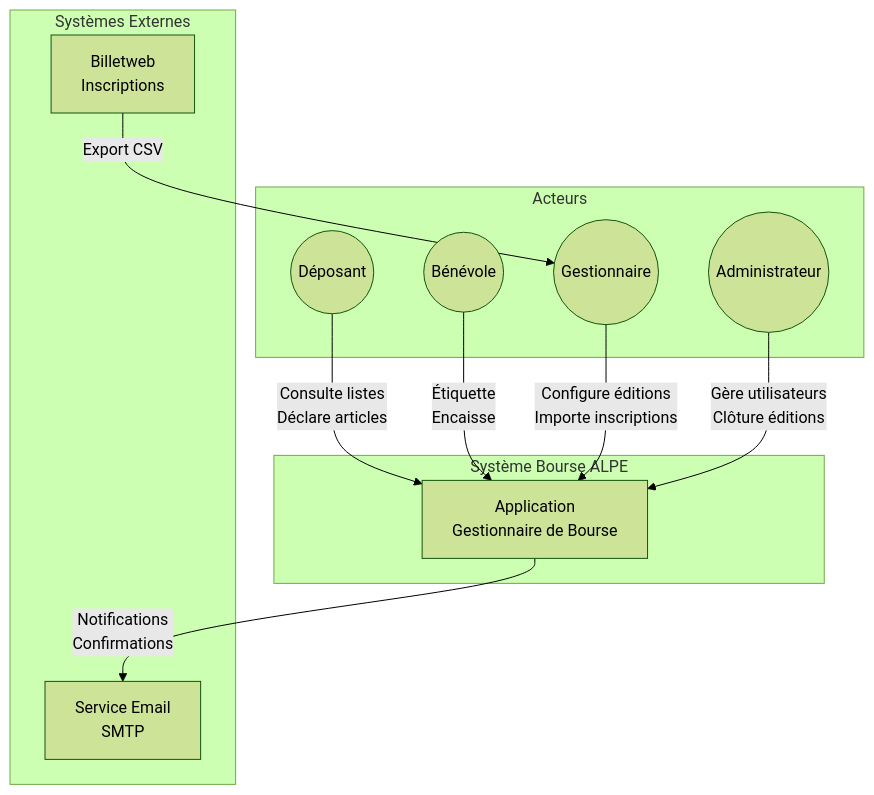
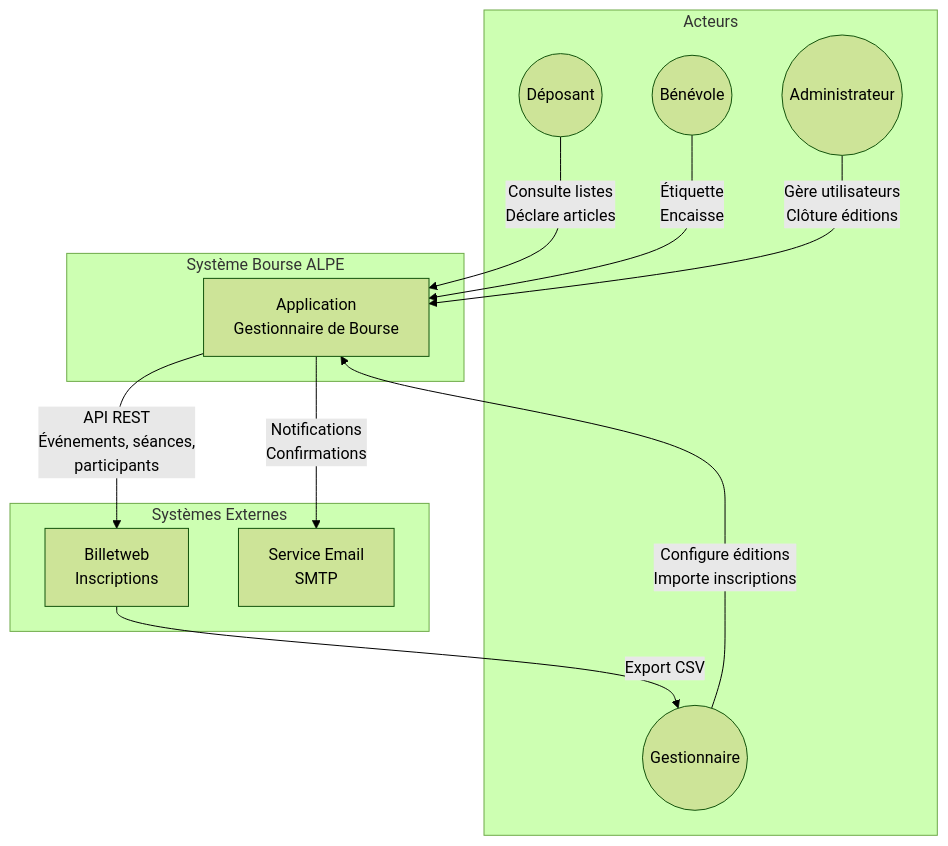
The first of 6 diagrams in docs/architecture.md (ALPE-Plaisance-du-Touch/Gestionnaire-de-Bourse-ALPE), drawn with Mermaid (forest theme) before and after one commit. The commit also changed other lines of this file and 2 other files, not shown here.

First line of the commit message:
docs: add US-012 Billetweb API integration specs

````diff
--- a/docs/architecture.md
+++ b/docs/architecture.md
@@ -42,26 +42,27 @@
 ```mermaid
 flowchart TB
     subgraph Acteurs
         Deposant((Déposant))
         Benevole((Bénévole))
         Gestionnaire((Gestionnaire))
         Admin((Administrateur))
     end
 
     subgraph "Système Bourse ALPE"
         App[Application<br/>Gestionnaire de Bourse]
     end
 
     subgraph "Systèmes Externes"
         Billetweb[Billetweb<br/>Inscriptions]
         Email[Service Email<br/>SMTP]
     end
 
     Deposant -->|Consulte listes<br/>Déclare articles| App
     Benevole -->|Étiquette<br/>Encaisse| App
     Gestionnaire -->|Configure éditions<br/>Importe inscriptions| App
     Admin -->|Gère utilisateurs<br/>Clôture éditions| App
 
     Billetweb -->|Export CSV| Gestionnaire
+    App -->|API REST<br/>Événements, séances,<br/>participants| Billetweb
     App -->|Notifications<br/>Confirmations| Email
 ```
````
